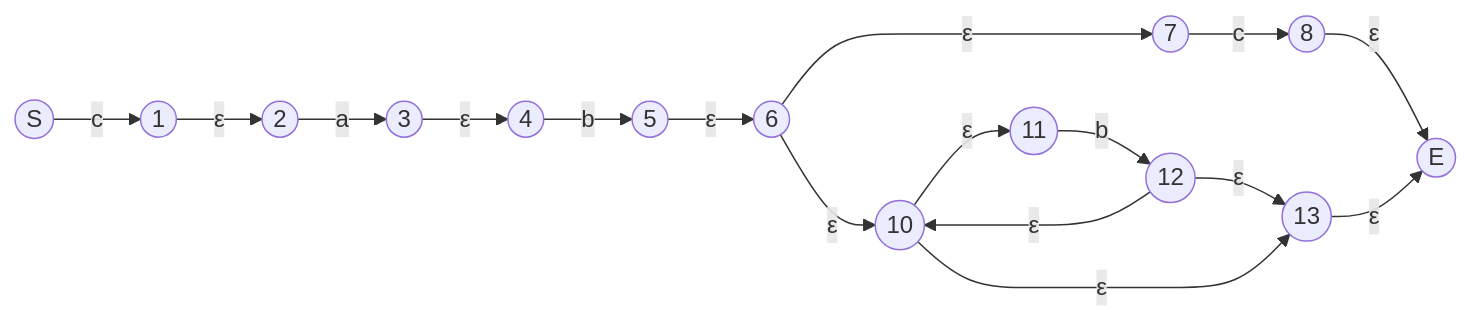
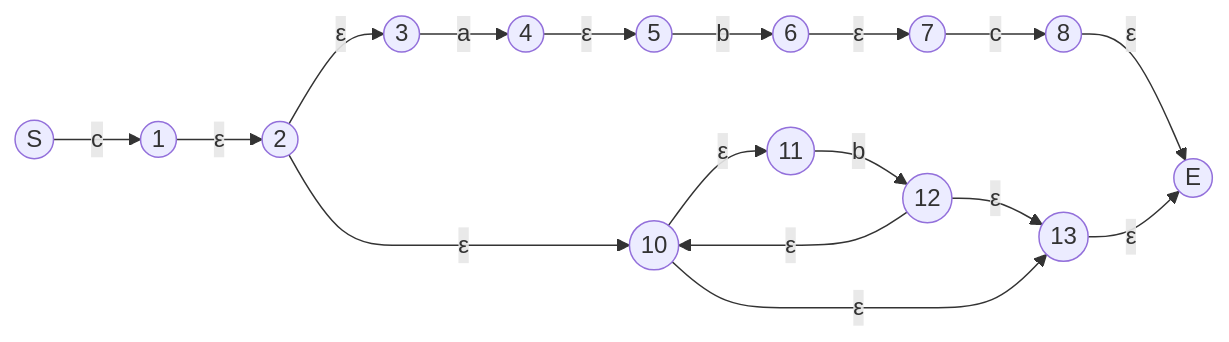
The first of 2 diagrams in README.md (RockRockWhite/RLex), drawn with Mermaid before and after one commit.

Commit message:
new readme

````diff
--- a/README.md
+++ b/README.md
@@ -21,34 +21,34 @@
 ```mermaid
 graph LR
 0((S))
 1((1))
 2((2))
 3((3))
 4((4))
 5((5))
 6((6))
 7((7))
 8((8))
 9((E))
 10((10))
 11((11))
 12((12))
 13((13))
 
 8--ε-->9
 7--c-->8
 6--ε-->7
+5--b-->6
+4--ε-->5
+3--a-->4
+2--ε-->3
 12--ε-->10
 13--ε-->9
 12--ε-->13
 11--b-->12
 10--ε-->11
 10--ε-->13
-6--ε-->10
-5--ε-->6
-4--b-->5
-3--ε-->4
-2--a-->3
+2--ε-->10
 1--ε-->2
 0--c-->1
 ```
````
